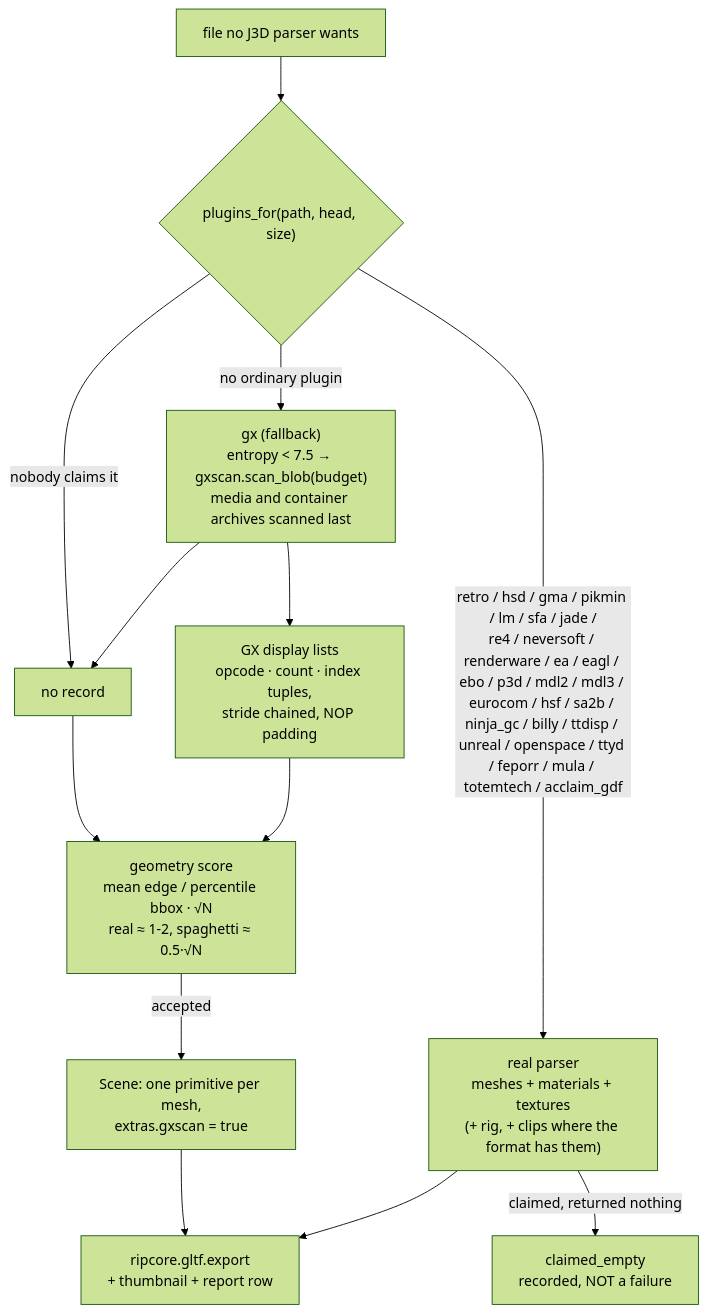
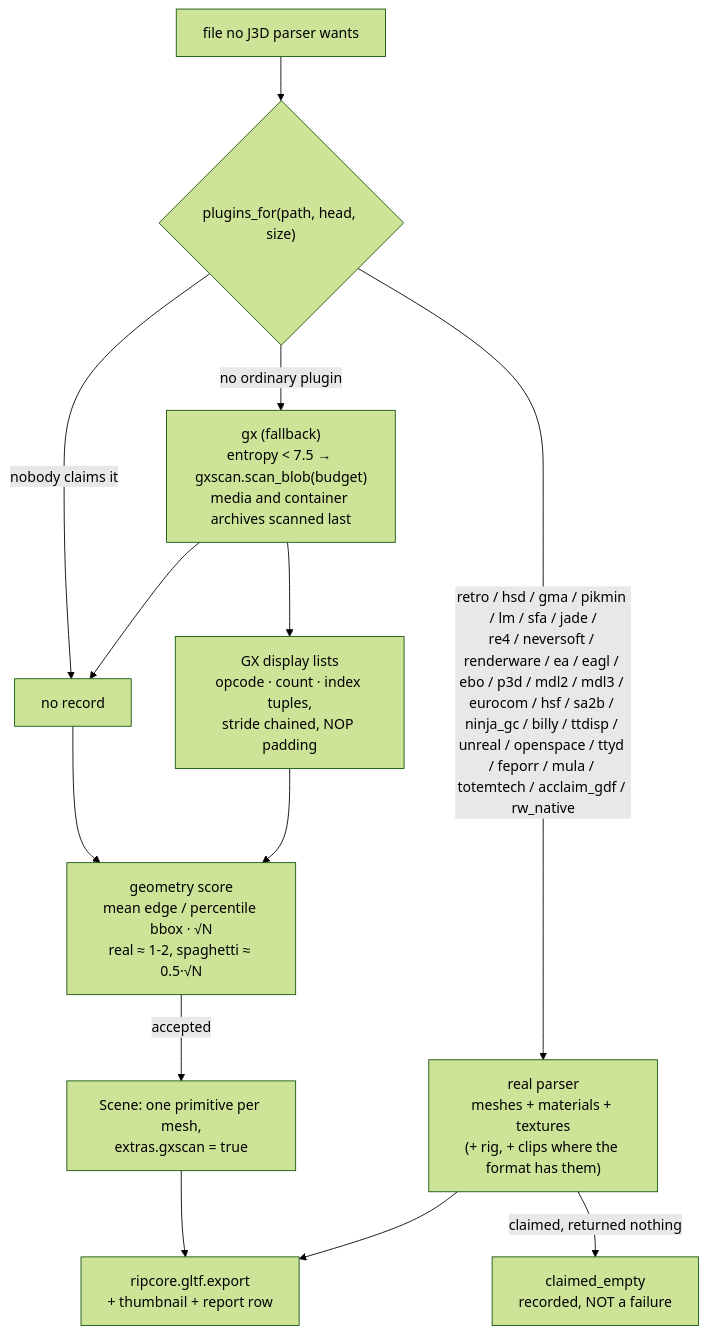
The ninth of 10 diagrams in docs/PIPELINE.md (Felbs/3d-ripper-9000), drawn with Mermaid (forest theme) before and after one commit. The commit also changed other lines of this file and 5 other files, not shown here.

````diff
--- a/docs/PIPELINE.md
+++ b/docs/PIPELINE.md
@@ -238,13 +238,13 @@
 ```mermaid
 flowchart TD
     F["file no J3D parser wants"] --> D{"plugins_for(path, head, size)"}
-    D -->|"retro / hsd / gma / pikmin / lm / sfa / jade /<br/>re4 / neversoft / renderware / ea / eagl / ebo / p3d / mdl2 / mdl3 / eurocom / hsf / sa2b / ninja_gc / billy / ttdisp / unreal / openspace / ttyd / feporr / mula / totemtech / acclaim_gdf"| R["real parser<br/>meshes + materials + textures<br/>(+ rig, + clips where the format has them)"]
+    D -->|"retro / hsd / gma / pikmin / lm / sfa / jade /<br/>re4 / neversoft / renderware / ea / eagl / ebo / p3d / mdl2 / mdl3 / eurocom / hsf / sa2b / ninja_gc / billy / ttdisp / unreal / openspace / ttyd / feporr / mula / totemtech / acclaim_gdf / rw_native"| R["real parser<br/>meshes + materials + textures<br/>(+ rig, + clips where the format has them)"]
     D -->|"no ordinary plugin"| S["gx (fallback)<br/>entropy &lt; 7.5 → gxscan.scan_blob(budget)<br/>media and container archives scanned last"]
     S --> L["GX display lists<br/>opcode · count · index tuples,<br/>stride chained, NOP padding"]
     S --> N["neutral meshes<br/>f32 vertex run + u16 index run"]
     L & N --> SC["geometry score<br/>mean edge / percentile bbox · √N<br/>real ≈ 1-2, spaghetti ≈ 0.5·√N"]
     SC -->|"accepted"| M["Scene: one primitive per mesh,<br/>extras.gxscan = true"]
     R & M --> E["ripcore.gltf.export<br/>+ thumbnail + report row"]
     R -->|"claimed, returned nothing"| Z["claimed_empty<br/>recorded, NOT a failure"]
     D -->|"nobody claims it"| N["no record"]
 ```
````
